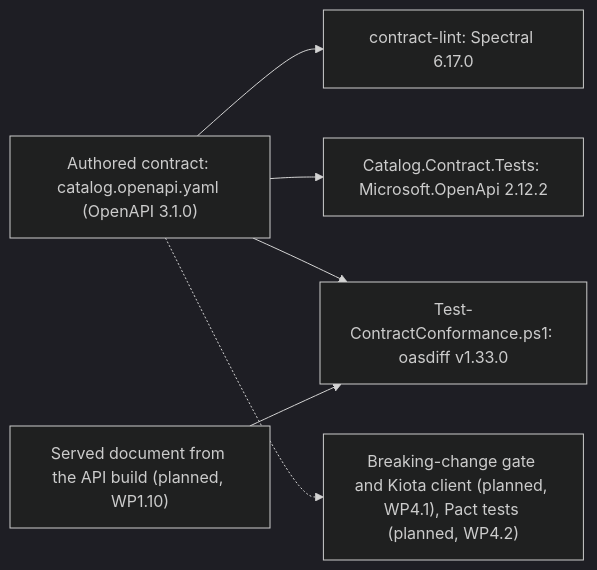
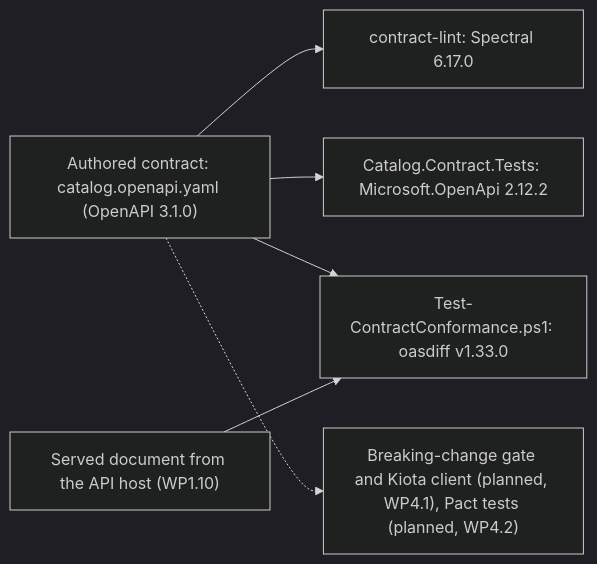
The diagram in docs/reference/tools/openapi.md (RostomOhannessian/full-ci-cd-pipeline), drawn with Mermaid (dark theme) before and after one commit. The commit also changed other lines of this file and 17 other files, not shown here.

````diff
--- a/docs/reference/tools/openapi.md
+++ b/docs/reference/tools/openapi.md
@@ -55,16 +55,16 @@
 ```mermaid
 flowchart LR
   accTitle: How the authored OpenAPI contract is checked
-  accDescr: The authored contract, catalog.openapi.yaml, is linted by Spectral in the contract-lint job and read by the C# contract tests through Microsoft.OpenApi. The conformance script compares it with the served document using oasdiff. The served document comes from the API build, which is planned for WP1.10. The breaking-change gate and the Kiota client in WP4.1 and the Pact tests in WP4.2 are planned, and they use the same contract.
+  accDescr: The authored contract, catalog.openapi.yaml, is linted by Spectral in the contract-lint job and read by the C# contract tests through Microsoft.OpenApi. The conformance script compares it with the served document using oasdiff. The served document comes from the API host, which WP1.10 delivered. The breaking-change gate and the Kiota client in WP4.1 and the Pact tests in WP4.2 are planned, and they use the same contract.
   AUTH["Authored contract: catalog.openapi.yaml (OpenAPI 3.1.0)"]
   LINT["contract-lint: Spectral 6.17.0"]
   TESTS["Catalog.Contract.Tests: Microsoft.OpenApi 2.12.2"]
   CONF["Test-ContractConformance.ps1: oasdiff v1.33.0"]
-  SERVED["Served document from the API build (planned, WP1.10)"]
+  SERVED["Served document from the API host (WP1.10)"]
   LATER["Breaking-change gate and Kiota client (planned, WP4.1), Pact tests (planned, WP4.2)"]
   AUTH --> LINT
   AUTH --> TESTS
   AUTH --> CONF
   SERVED --> CONF
   AUTH -.-> LATER
 ```
````
